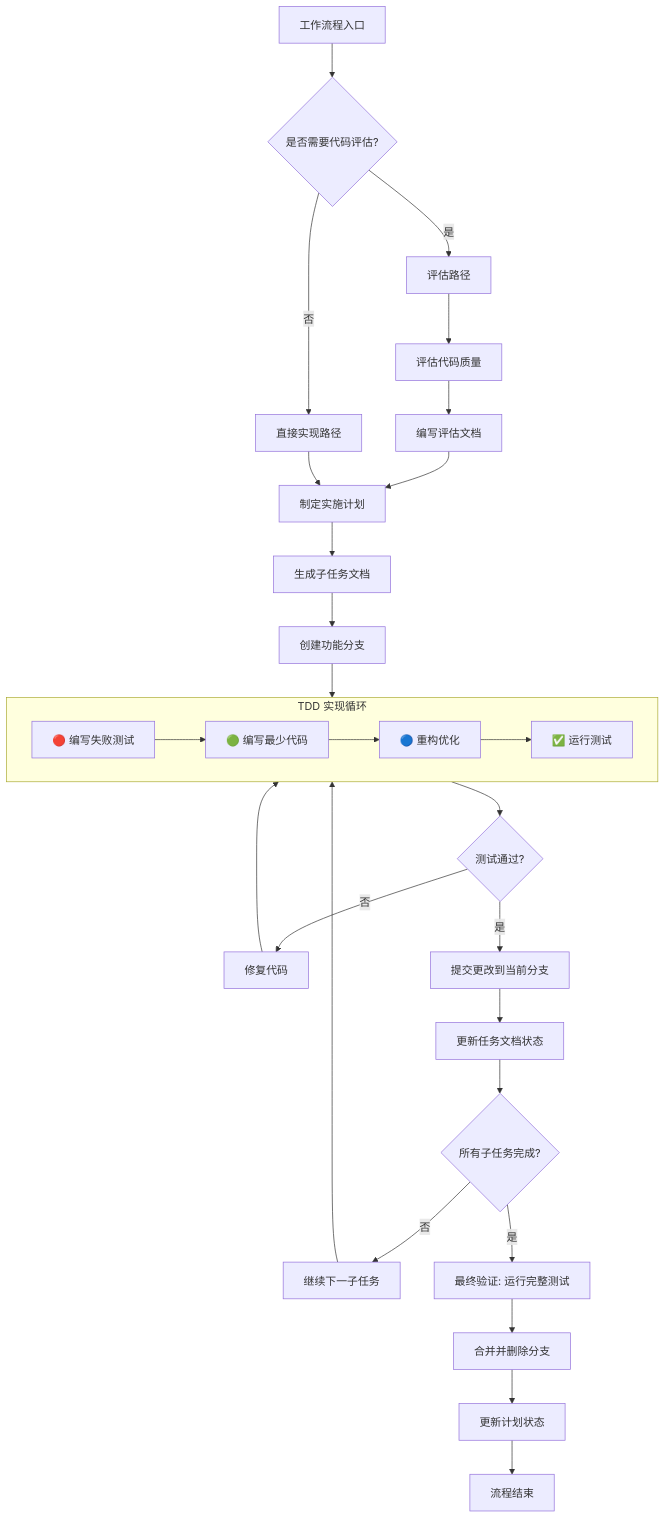
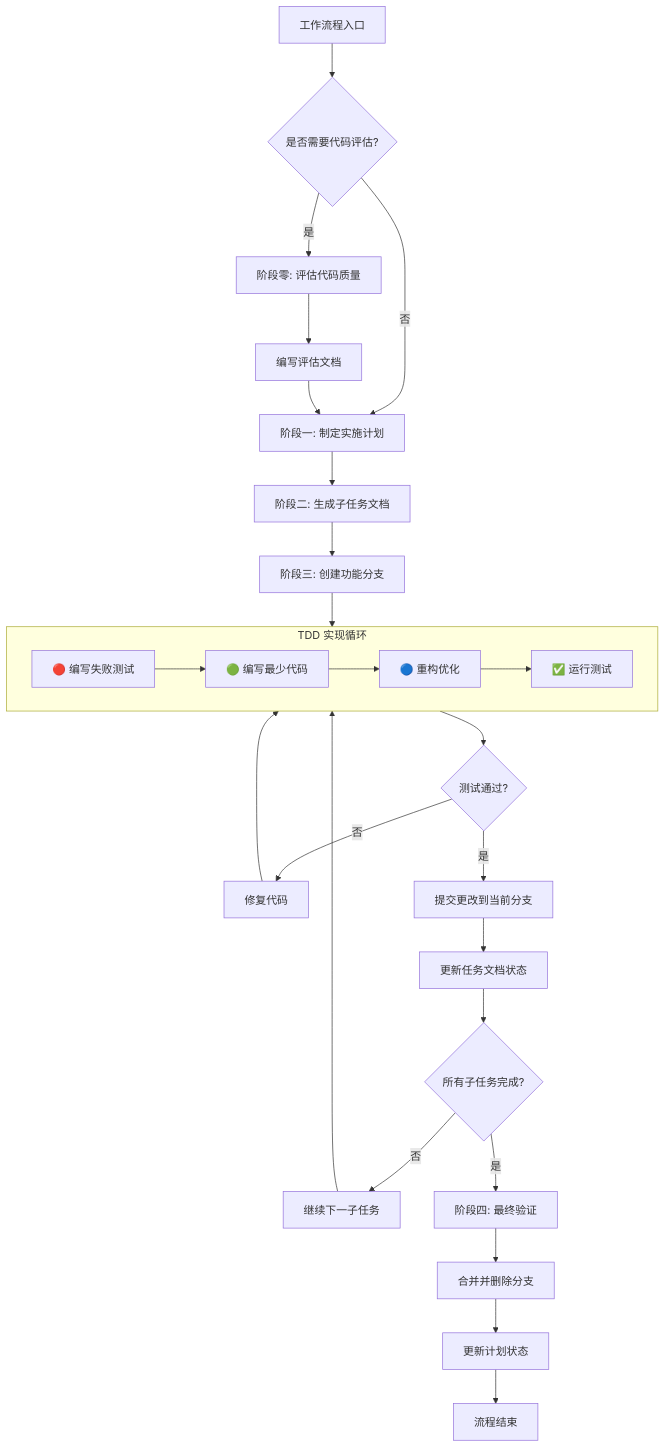
Before and after one commit to CodingRookie98/FaceFusionCpp: the diagram in docs/dev/process/workflow.md, drawn with Mermaid. The commit also changed other lines of this file and 5 other files, not shown here.

````diff
--- a/docs/dev/process/workflow.md
+++ b/docs/dev/process/workflow.md
@@ -175,44 +120,37 @@
 ```mermaid
 graph TD
     Start[工作流程入口] --> IsEvaluationNeeded{是否需要代码评估?}
 
-    IsEvaluationNeeded -->|是| EvaluationPath[评估路径]
-    IsEvaluationNeeded -->|否| DirectPath[直接实现路径]
+    IsEvaluationNeeded -->|是| EvalCode[阶段零: 评估代码质量]
+    IsEvaluationNeeded -->|否| CreatePlan
 
-    %% 评估路径
-    EvaluationPath --> EvalCode[评估代码质量]
     EvalCode --> WriteEvalDoc[编写评估文档]
-    WriteEvalDoc --> CreatePlan[制定实施计划]
+    WriteEvalDoc --> CreatePlan
 
-    %% 直接实现路径
-    DirectPath --> CreatePlan
+    CreatePlan[阶段一: 制定实施计划] --> GenTaskDocs[阶段二: 生成子任务文档]
+    GenTaskDocs --> CreateBranch[阶段三: 创建功能分支]
 
-    %% 计划阶段
-    CreatePlan --> GenTaskDocs[生成子任务文档]
-    GenTaskDocs --> CreateBranch[创建功能分支]
+    CreateBranch --> TDDCycle[TDD 循环]
 
-    %% TDD 实现循环
-    CreateBranch --> TDDCycle[TDD 循环]
-    
     subgraph TDDCycle[TDD 实现循环]
-        WriteTest[🔴 编写失败测试] --> WriteCode[🟢 编写最少代码]
-        WriteCode --> Refactor[🔵 重构优化]
-        Refactor --> RunTests[✅ 运行测试]
+        WriteTest["🔴 编写失败测试"] --> WriteCode["🟢 编写最少代码"]
+        WriteCode --> Refactor["🔵 重构优化"]
+        Refactor --> RunTests["✅ 运行测试"]
     end
 
     TDDCycle --> TestPass{测试通过?}
     TestPass -->|否| FixCode[修复代码]
     FixCode --> TDDCycle
 
     TestPass -->|是| CommitGit[提交更改到当前分支]
     CommitGit --> UpdateTaskDoc[更新任务文档状态]
 
     UpdateTaskDoc --> AllTasksDone{所有子任务完成?}
     AllTasksDone -->|否| NextTask[继续下一子任务]
     NextTask --> TDDCycle
 
-    AllTasksDone -->|是| FinalTest[最终验证: 运行完整测试]
+    AllTasksDone -->|是| FinalTest[阶段四: 最终验证]
     FinalTest --> MergeBranch[合并并删除分支]
     MergeBranch --> UpdatePlanStatus[更新计划状态]
     UpdatePlanStatus --> End[流程结束]
 ```
````
